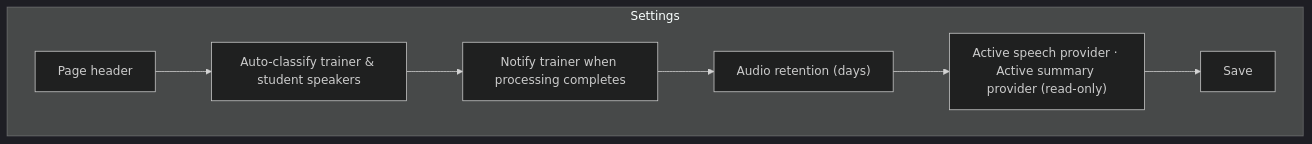
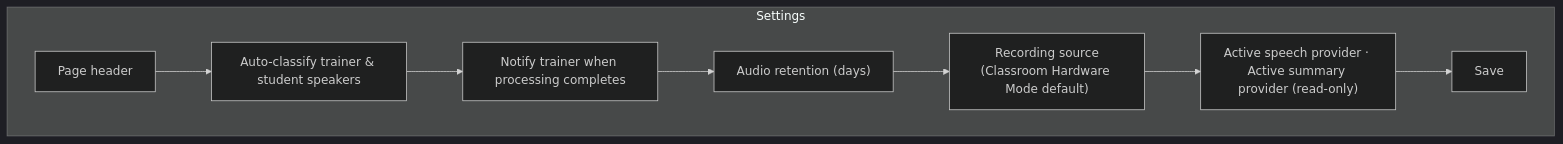
The diagram in docs/ai-intelligence-platform/client/02-administrator-guide.md (Sl-Developer19/terranext-crm), drawn with Mermaid (dark theme) before and after one commit. The commit also changed other lines of this file and 15 other files, not shown here.

````diff
--- a/docs/ai-intelligence-platform/client/02-administrator-guide.md
+++ b/docs/ai-intelligence-platform/client/02-administrator-guide.md
@@ -63,12 +63,13 @@
 ```mermaid
 flowchart TB
     subgraph Page["Settings"]
         H["Page header"]
         C1["Auto-classify trainer & student speakers"]
         C2["Notify trainer when processing completes"]
         N["Audio retention (days)"]
+        Rs["Recording source\n(Classroom Hardware Mode default)"]
         B["Active speech provider · Active summary provider (read-only)"]
         Sv["Save"]
     end
-    H --> C1 --> C2 --> N --> B --> Sv
+    H --> C1 --> C2 --> N --> Rs --> B --> Sv
 ```
````
